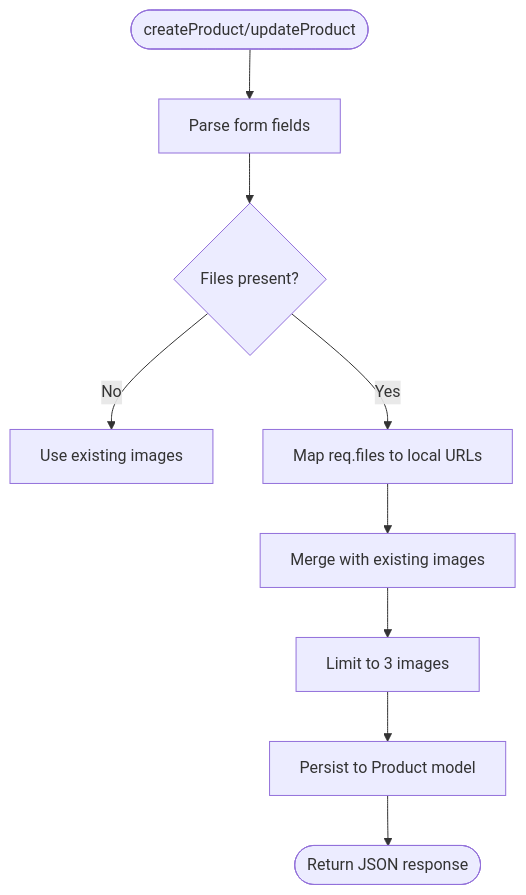
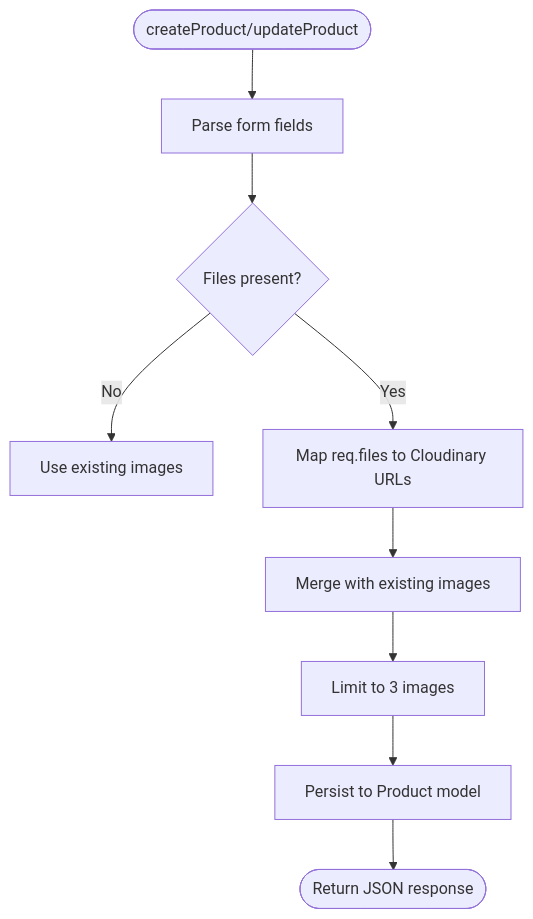
The seventh of 11 diagrams in .qoder/repowiki/en/content/Image Management.md (Pavan-PSPK9032/TrendsandToss), drawn with Mermaid before and after one commit. The commit also changed other lines of this file and 16 other files, not shown here.

````diff
--- a/.qoder/repowiki/en/content/Image Management.md
+++ b/.qoder/repowiki/en/content/Image Management.md
@@ -157,11 +356,11 @@
 ```mermaid
 flowchart TD
 Enter(["createProduct/updateProduct"]) --> ParseBody["Parse form fields"]
 ParseBody --> FilesPresent{"Files present?"}
 FilesPresent -- No --> BuildImages["Use existing images"]
-FilesPresent -- Yes --> MapFiles["Map req.files to local URLs"]
+FilesPresent -- Yes --> MapFiles["Map req.files to Cloudinary URLs"]
 MapFiles --> MergeImages["Merge with existing images"]
 MergeImages --> Limit["Limit to 3 images"]
 Limit --> Persist["Persist to Product model"]
 Persist --> Exit(["Return JSON response"])
 ```
````
